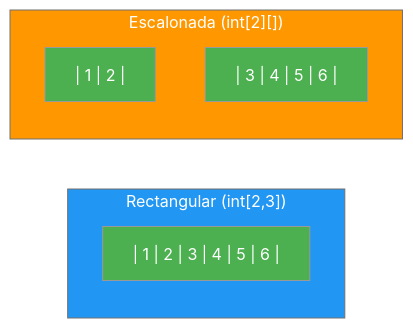
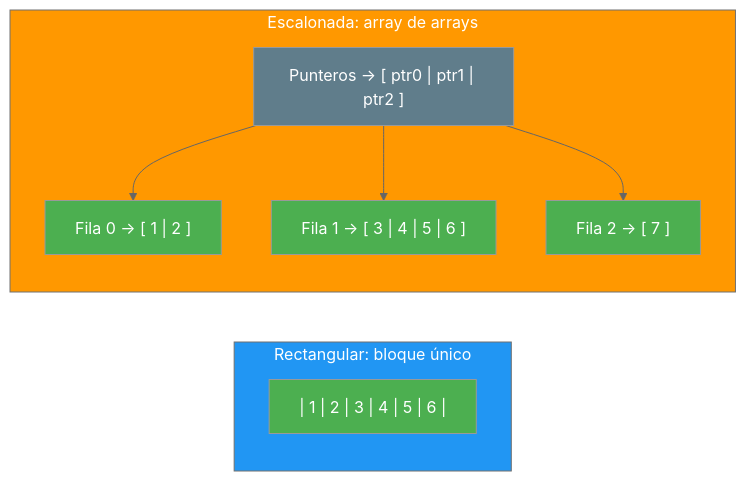
One commit to joseluisgs/Programacion-03-2026-2027 changed the first of 3 diagrams in 03-arrays-multidimensionales.md. Above: the diagram before and after it, drawn with Mermaid (neutral theme). The commit also changed other lines of this file, not shown here.

Commit message:
[feat] Ampliar 3.1.2: fórmula de acceso a matrices, almacenamiento contiguo vs array de arrays, comparación con unidimensionales

````diff
--- a/03-arrays-multidimensionales.md
+++ b/03-arrays-multidimensionales.md
@@ -42,15 +109,22 @@
 ```mermaid
 graph LR
-    subgraph RECT ["Rectangular (int[2,3])"]
+    subgraph RECT ["Rectangular: bloque único"]
         R["| 1 | 2 | 3 | 4 | 5 | 6 |"]
     end
-    subgraph JAGGED ["Escalonada (int[2][])"]
-        J1["| 1 | 2 |"]
-        J2["| 3 | 4 | 5 | 6 |"]
+    subgraph JAGGED ["Escalonada: array de arrays"]
+        J0["Punteros → [ ptr0 | ptr1 | ptr2 ]"]
+        J1["Fila 0 → [ 1 | 2 ]"]
+        J2["Fila 1 → [ 3 | 4 | 5 | 6 ]"]
+        J3["Fila 2 → [ 7 ]"]
+        J0 --> J1
+        J0 --> J2
+        J0 --> J3
     end
     style RECT fill:#2196F3,color:#fff
     style JAGGED fill:#FF9800,color:#fff
     style R fill:#4CAF50,color:#fff
+    style J0 fill:#607D8B,color:#fff
     style J1 fill:#4CAF50,color:#fff
     style J2 fill:#4CAF50,color:#fff
+    style J3 fill:#4CAF50,color:#fff
 ```
````
